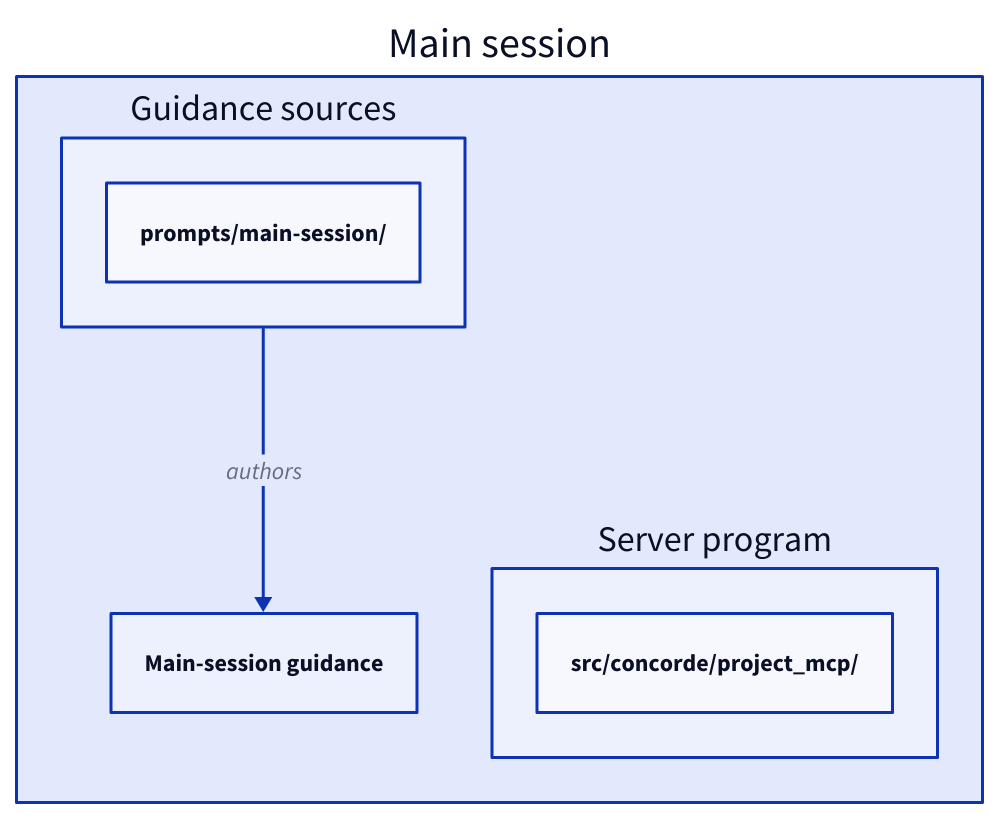
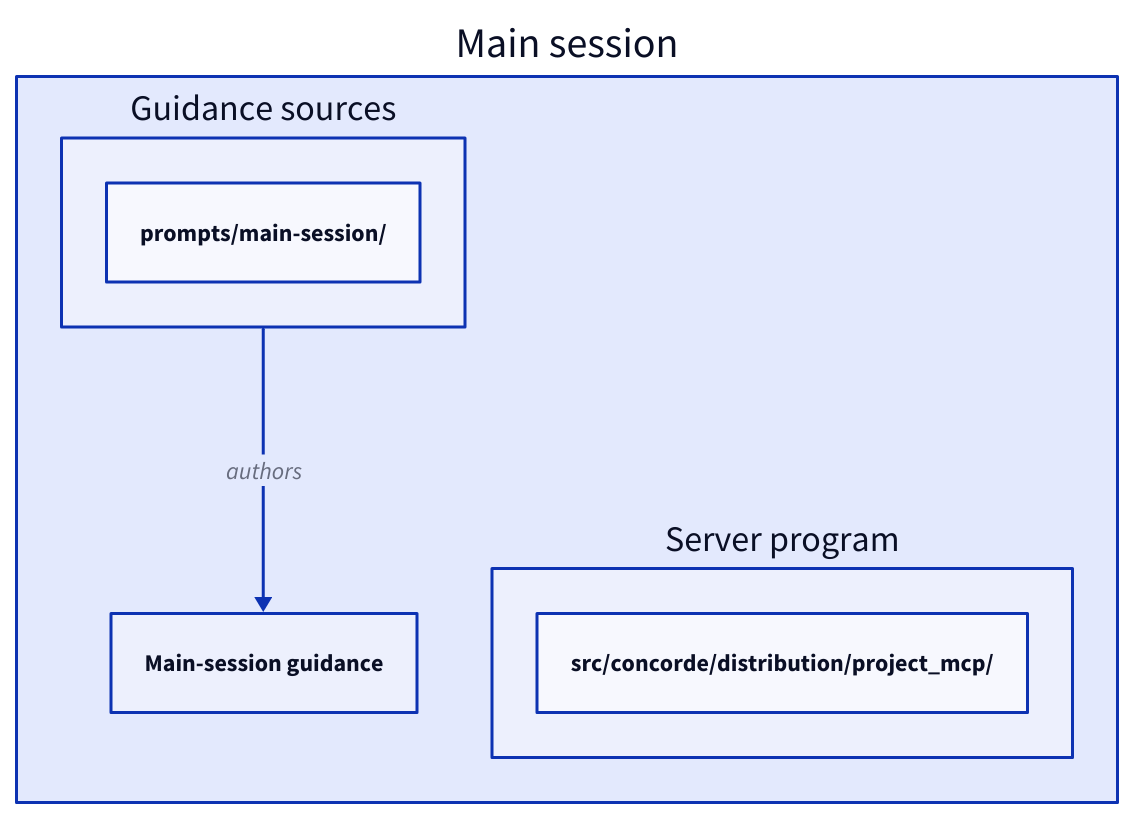
One commit to FTOD/concorde changed the fourth of 4 diagrams in specs/concorde/coordination/main-session/module.md. Above: the diagram before and after it, drawn with D2. The commit also changed other lines of this file and 224 other files, not shown here.

````diff
--- a/specs/concorde/coordination/main-session/module.md
+++ b/specs/concorde/coordination/main-session/module.md
@@ -928,12 +928,12 @@
 ```d2
 mainsession: Main session {
   sources: Guidance sources {
     "prompts/main-session/"
   }
   guidance: Main-session guidance
   server: Server program {
-    "src/concorde/project_mcp/"
+    "src/concorde/distribution/project_mcp/"
   }
   sources -> guidance: authors
 }
 ```
````
